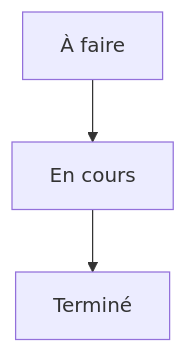
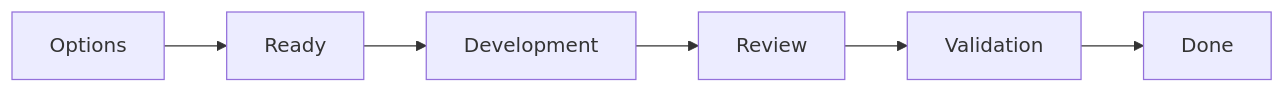
The third of 3 diagrams in cours/Les méthodes agiles.md (michaellaunay/NotesPubliques), drawn with Mermaid before and after one commit. The commit also changed other lines of this file, not shown here.

````diff
--- a/cours/Les méthodes agiles.md
+++ b/cours/Les méthodes agiles.md
@@ -184,5 +779,8 @@
 ```mermaid
-graph TB
-    A[À faire] --> B[En cours]
-    B --> C[Terminé]
+flowchart LR
+    A[Options] --> B[Ready]
+    B --> C[Development]
+    C --> D[Review]
+    D --> E[Validation]
+    E --> F[Done]
 ```
````
